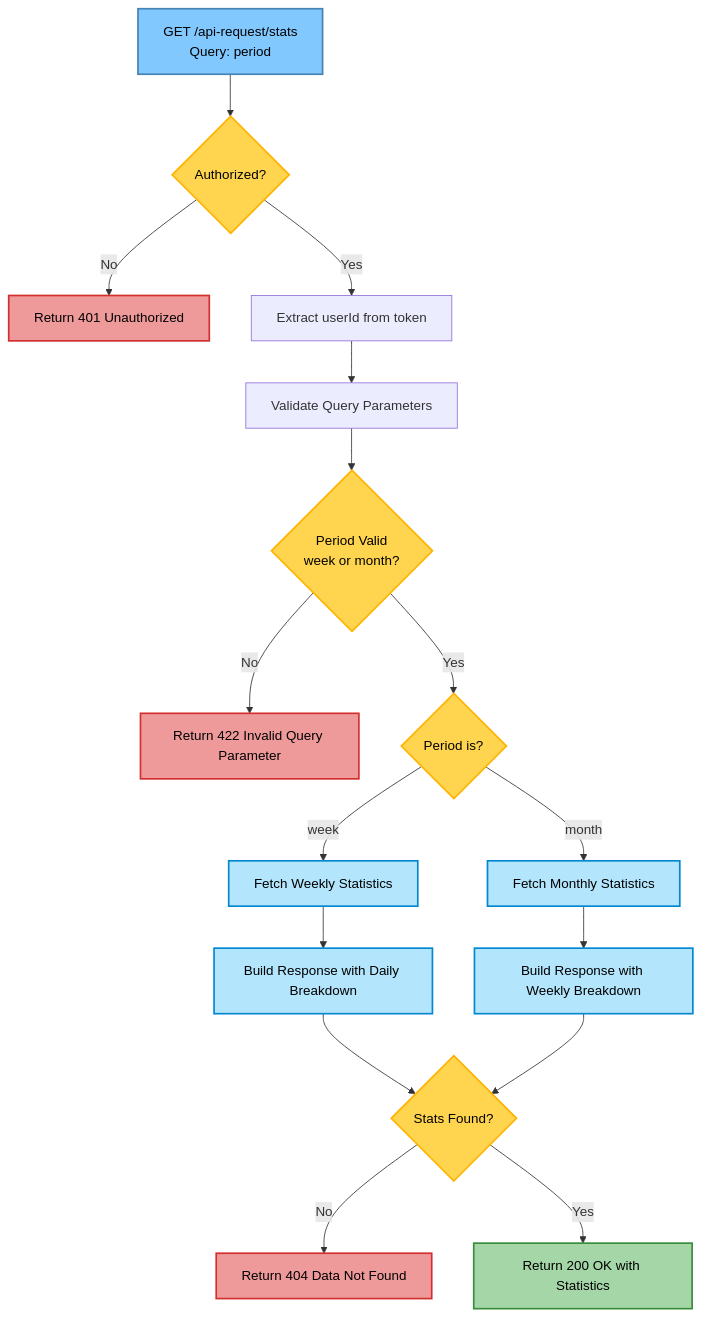
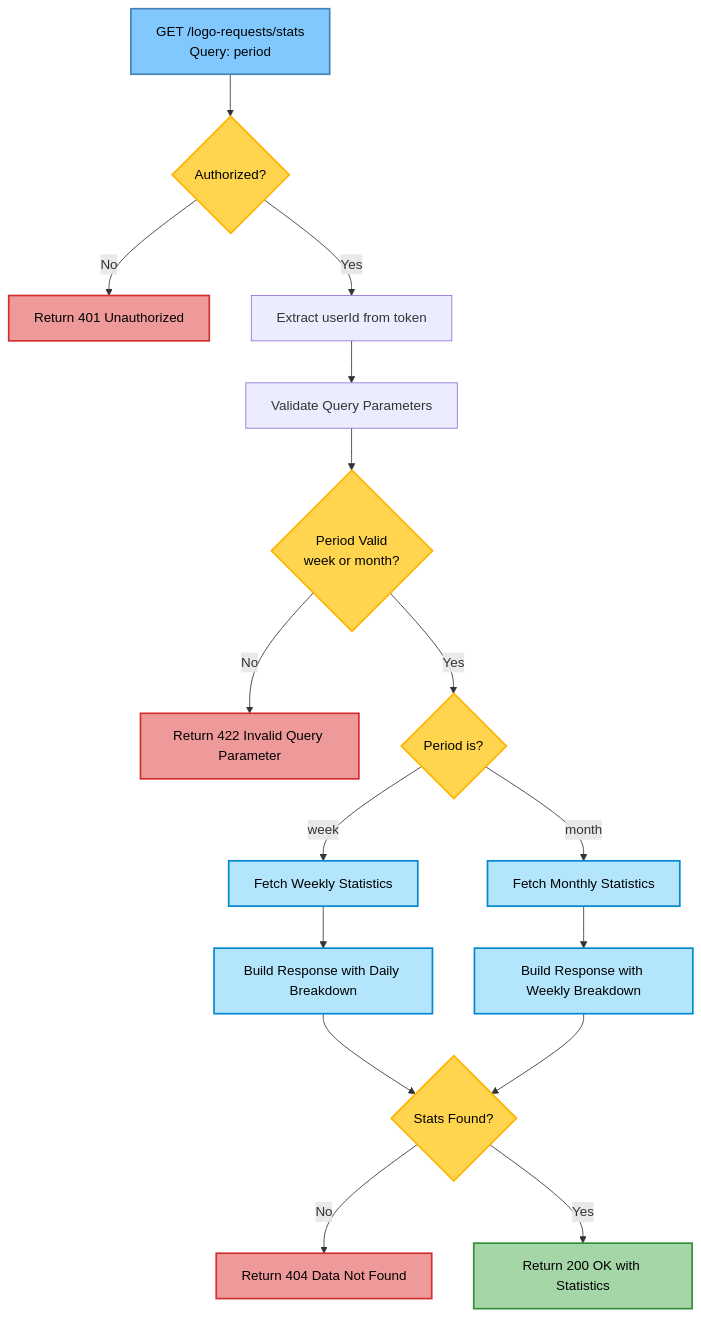
Before and after one commit to TeamShiksha/openlogo: diagram 27 of 27 in docs/DEVELOPMENT.md, drawn with Mermaid. The commit also changed other lines of this file and 14 other files, not shown here.

Commit message:
feat: rename API request endpoints and services to logo requests, update documentation and tests accordingly

````diff
--- a/docs/DEVELOPMENT.md
+++ b/docs/DEVELOPMENT.md
@@ -2054,40 +2054,40 @@
 ```mermaid
 flowchart TD
-%% API Flow: GET /api-request/stats
-Start[GET /api-request/stats<br/>Query: period] --> Auth{Authorized?}
+%% API Flow: GET /logo-requests/stats
+Start[GET /logo-requests/stats<br/>Query: period] --> Auth{Authorized?}
 
 Auth -->|No| Auth401[Return 401 Unauthorized]
 Auth -->|Yes| ExtractUserId[Extract userId from token]
 
 ExtractUserId --> ValidateParams[Validate Query Parameters]
 ValidateParams --> PeriodValid{Period Valid<br/>week or month?}
 
 PeriodValid -->|No| Invalid422[Return 422 Invalid Query Parameter]
 PeriodValid -->|Yes| FetchStats{Period is?}
 
 FetchStats -->|week| GetWeeklyStats[Fetch Weekly Statistics]
 FetchStats -->|month| GetMonthlyStats[Fetch Monthly Statistics]
 
 GetWeeklyStats --> BuildWeeklyResponse[Build Response with Daily Breakdown]
 GetMonthlyStats --> BuildMonthlyResponse[Build Response with Weekly Breakdown]
 
 BuildWeeklyResponse --> StatsFound{Stats Found?}
 BuildMonthlyResponse --> StatsFound
 
 StatsFound -->|No| NotFound404[Return 404 Data Not Found]
 StatsFound -->|Yes| Success200[Return 200 OK with Statistics]
 
 classDef startEnd fill:#81C8FF,stroke:#4682B4,stroke-width:2px,color:#000;
 classDef decision fill:#FFD54F,stroke:#FFB300,stroke-width:2px,color:#000;
 classDef success fill:#A5D6A7,stroke:#388E3C,stroke-width:2px,color:#000;
 classDef error fill:#EF9A9A,stroke:#D32F2F,stroke-width:2px,color:#000;
 
 class Start,Success200 startEnd
 class Auth,PeriodValid,FetchStats,StatsFound decision
 class Success200 success
 class Auth401,Invalid422,NotFound404 error
 class GetWeeklyStats,GetMonthlyStats,BuildWeeklyResponse,BuildMonthlyResponse process
 
 classDef process fill:#B3E5FC,stroke:#0288D1,stroke-width:2px,color:#000;
 class GetWeeklyStats,GetMonthlyStats,BuildWeeklyResponse,BuildMonthlyResponse process
 ```
````
